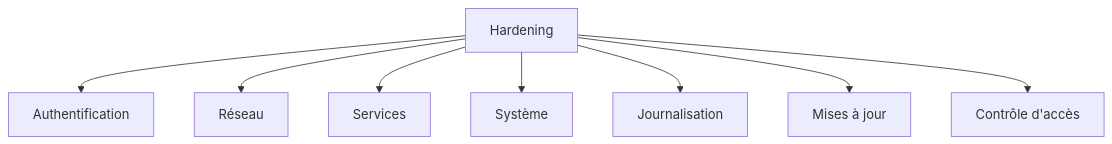
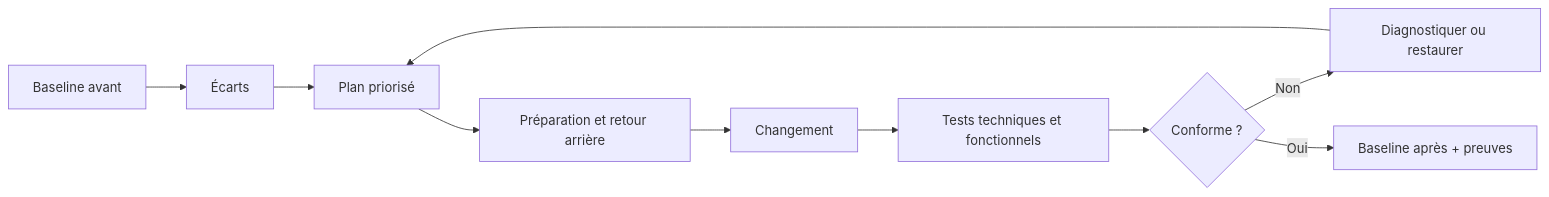
Before and after one commit to tdelaclos/formations: the first of 4 diagrams in campagne 1/1.9-premiere-mise-en-securite-serveur.md, drawn with Mermaid. The commit also changed other lines of this file and 10 other files, not shown here.

````diff
--- a/campagne 1/1.9-premiere-mise-en-securite-serveur.md
+++ b/campagne 1/1.9-premiere-mise-en-securite-serveur.md
@@ -136,19 +48,12 @@
 ```mermaid
-flowchart TD
-
-A["Hardening"]
-
-A --> B["Authentification"]
-
-A --> C["Réseau"]
-
-A --> D["Services"]
-
-A --> E["Système"]
-
-A --> F["Journalisation"]
-
-A --> G["Mises à jour"]
-
-A --> H["Contrôle d'accès"]
+flowchart LR
+    Baseline["Baseline avant"] --> Gaps["Écarts"]
+    Gaps --> Plan["Plan priorisé"]
+    Plan --> Backup["Préparation et retour arrière"]
+    Backup --> Change["Changement"]
+    Change --> Tests["Tests techniques et fonctionnels"]
+    Tests --> Decision{"Conforme ?"}
+    Decision -->|Non| Diagnose["Diagnostiquer ou restaurer"]
+    Diagnose --> Plan
+    Decision -->|Oui| Evidence["Baseline après + preuves"]
 ```
````
